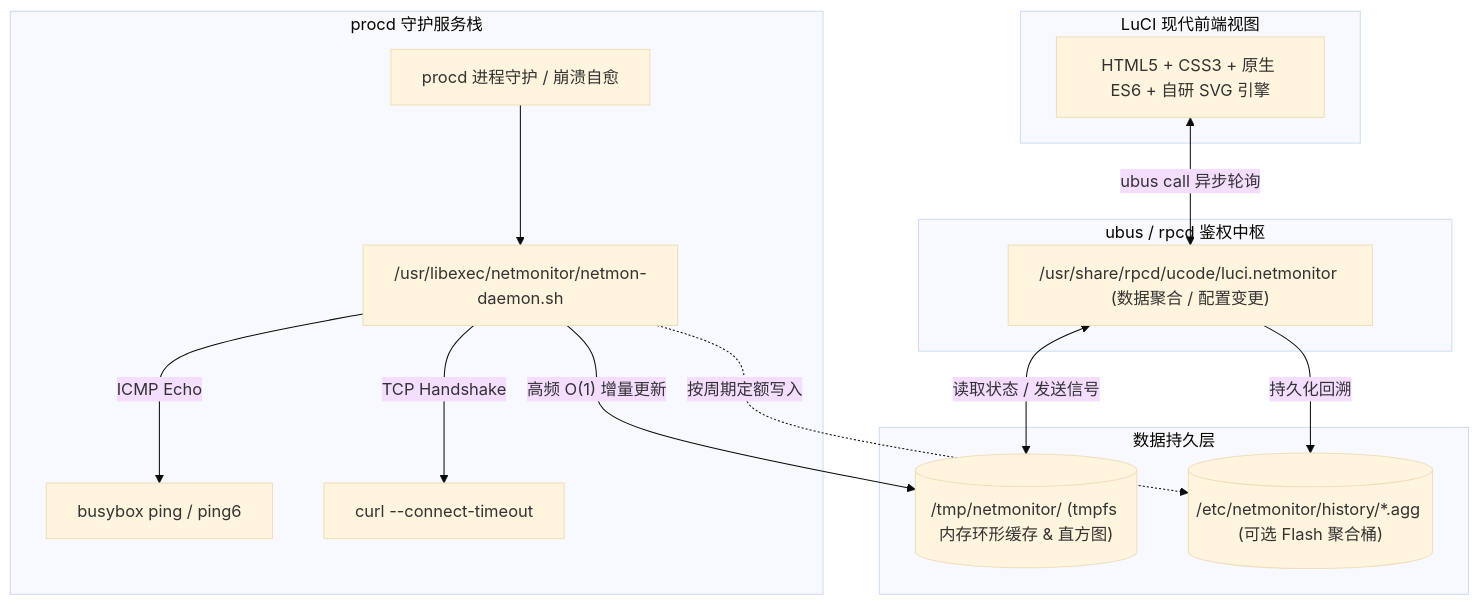
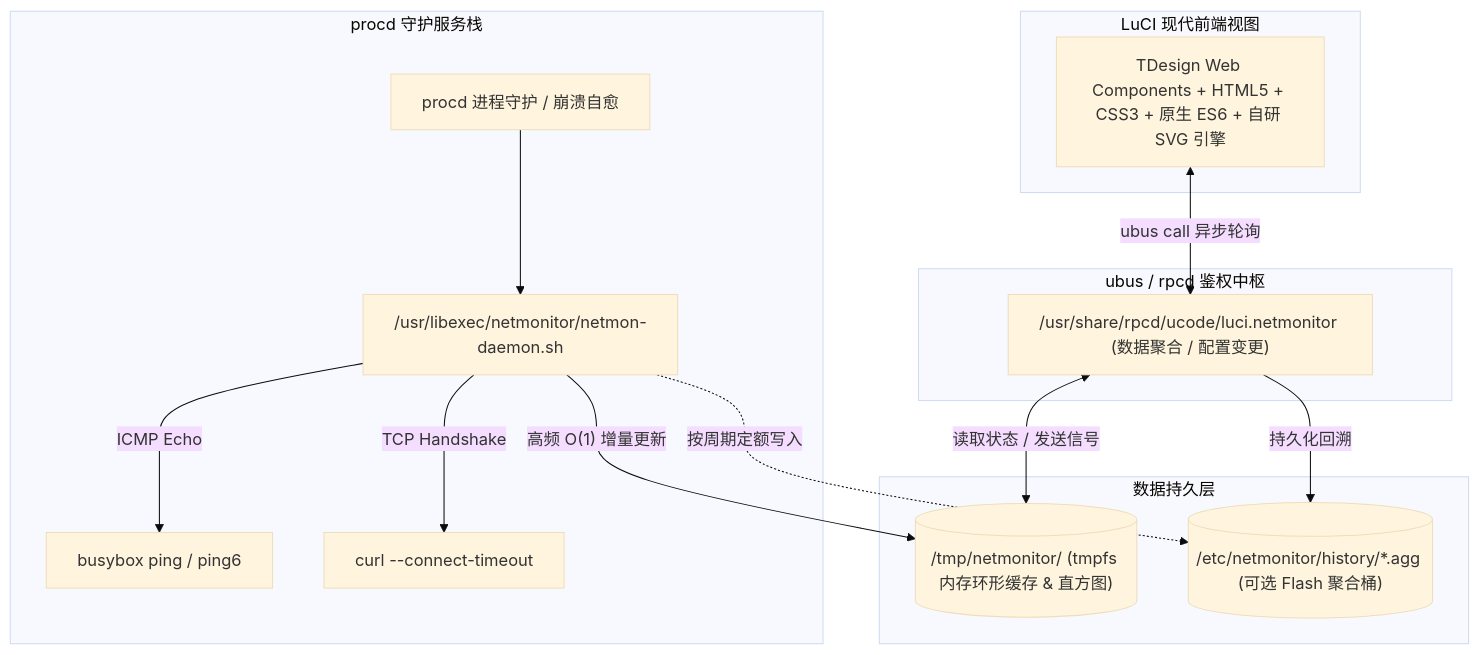
One commit to LianXia233/luci-app-netmonitor changed the diagram in README.md. Above: the diagram before and after it, drawn with Mermaid (base theme). The commit also changed other lines of this file and 14 other files, not shown here.

````diff
--- a/README.md
+++ b/README.md
@@ -35,27 +36,27 @@
 ```mermaid
 graph TD
     subgraph Frontend [LuCI 现代前端视图]
-        UI["HTML5 + CSS3 + 原生 ES6 + 自研 SVG 引擎"]
+        UI["TDesign Web Components + HTML5 + CSS3 + 原生 ES6 + 自研 SVG 引擎"]
     end
 
     subgraph Middleware [ubus / rpcd 鉴权中枢]
         UCODE["/usr/share/rpcd/ucode/luci.netmonitor (数据聚合 / 配置变更)"]
     end
 
     subgraph Daemon [procd 守护服务栈]
         PROCD["procd 进程守护 / 崩溃自愈"] --> SCRIPT["/usr/libexec/netmonitor/netmon-daemon.sh"]
         SCRIPT -->|"ICMP Echo"| PING["busybox ping / ping6"]
         SCRIPT -->|"TCP Handshake"| CURL["curl --connect-timeout"]
     end
 
     subgraph Storage [数据持久层]
         TMPFS[("/tmp/netmonitor/ (tmpfs 内存环形缓存 & 直方图)")]
         FLASH[("/etc/netmonitor/history/*.agg (可选 Flash 聚合桶)")]
     end
 
     UI <-->|"ubus call 异步轮询"| UCODE
     UCODE <-->|"读取状态 / 发送信号"| TMPFS
     UCODE -->|"持久化回溯"| FLASH
     SCRIPT -->|"高频 O(1) 增量更新"| TMPFS
     SCRIPT -.->|"按周期定额写入"| FLASH
 ```
````
